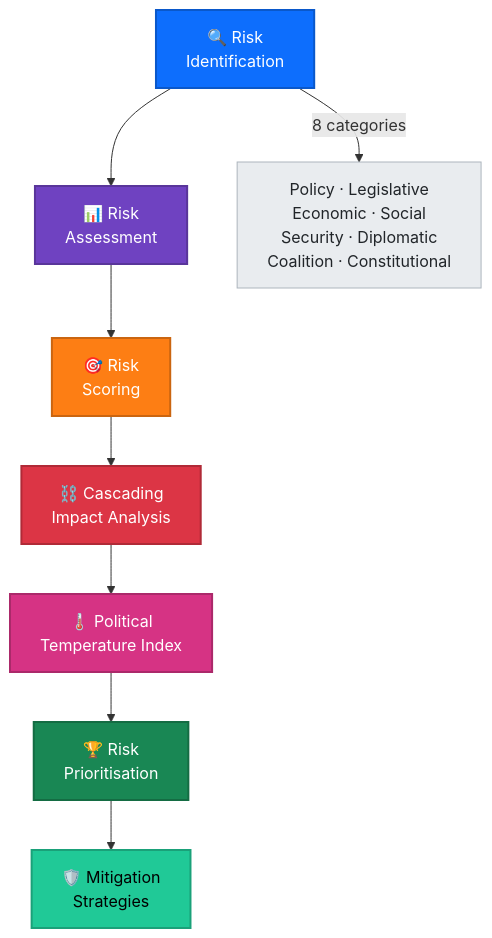
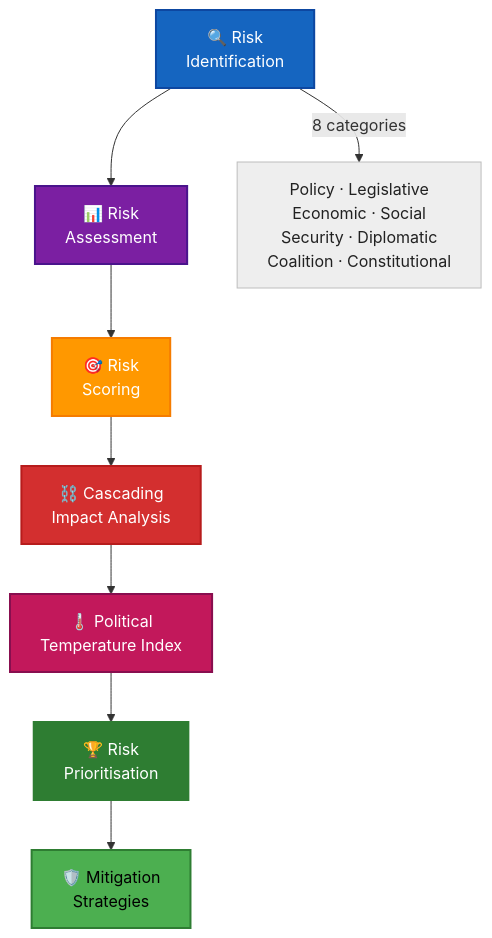
One commit to Hack23/riksdagsmonitor changed the fifth of 11 diagrams in analysis/methodologies/README.md. Above: the diagram before and after it, drawn with Mermaid. The commit also changed other lines of this file and 14 other files, not shown here.

First line of the commit message:
Align analysis/ mermaid diagrams with ISMS Style Guide palette and convert SWOT to quadrantChart

````diff
--- a/analysis/methodologies/README.md
+++ b/analysis/methodologies/README.md
@@ -315,20 +315,20 @@
 ```mermaid
 graph TD
     ID["🔍 Risk<br/>Identification"] --> ASSESS["📊 Risk<br/>Assessment"]
     ASSESS --> SCORE["🎯 Risk<br/>Scoring"]
     SCORE --> CASCADE["⛓️ Cascading<br/>Impact Analysis"]
     CASCADE --> TEMP["🌡️ Political<br/>Temperature Index"]
     TEMP --> PRIOR["🏆 Risk<br/>Prioritisation"]
     PRIOR --> MITIG["🛡️ Mitigation<br/>Strategies"]
 
     ID -->|"8 categories"| CAT["Policy · Legislative<br/>Economic · Social<br/>Security · Diplomatic<br/>Coalition · Constitutional"]
 
-    style ID fill:#0d6efd,color:#fff,stroke:#0a58ca,stroke-width:2px
-    style ASSESS fill:#6f42c1,color:#fff,stroke:#59359a,stroke-width:2px
-    style SCORE fill:#fd7e14,color:#fff,stroke:#ca6510,stroke-width:2px
-    style CASCADE fill:#dc3545,color:#fff,stroke:#b02a37,stroke-width:2px
-    style TEMP fill:#d63384,color:#fff,stroke:#ab296a,stroke-width:2px
-    style PRIOR fill:#198754,color:#fff,stroke:#146c43,stroke-width:2px
-    style MITIG fill:#20c997,color:#000,stroke:#1aa179,stroke-width:2px
-    style CAT fill:#e9ecef,color:#212529,stroke:#adb5bd
+    style ID fill:#1565C0,color:#FFFFFF,stroke:#0D47A1,stroke-width:2px
+    style ASSESS fill:#7B1FA2,color:#FFFFFF,stroke:#4A148C,stroke-width:2px
+    style SCORE fill:#FF9800,color:#FFFFFF,stroke:#F57C00,stroke-width:2px
+    style CASCADE fill:#D32F2F,color:#FFFFFF,stroke:#B71C1C,stroke-width:2px
+    style TEMP fill:#C2185B,color:#FFFFFF,stroke:#880E4F,stroke-width:2px
+    style PRIOR fill:#2E7D32,color:#FFFFFF,stroke:#2E7D32,stroke-width:2px
+    style MITIG fill:#4CAF50,color:#000000,stroke:#2E7D32,stroke-width:2px
+    style CAT fill:#EEEEEE,color:#212121,stroke:#BDBDBD
 ```
````
